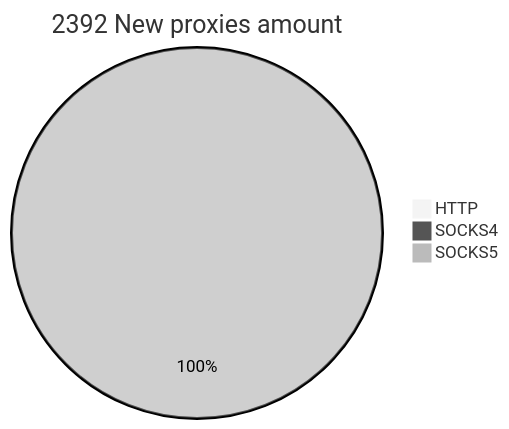
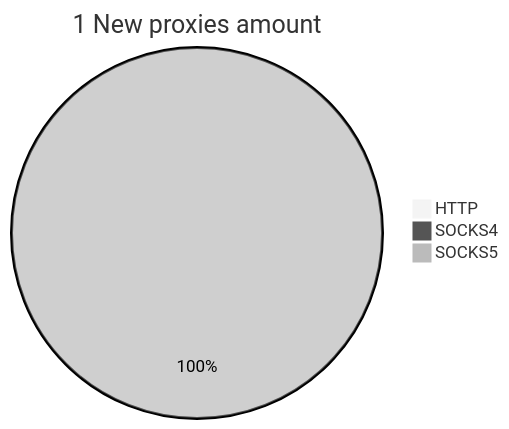
One commit to cutipu/proxylist changed the second of 2 diagrams in README.md. Above: the diagram before and after it, drawn with Mermaid (neutral theme). The commit also changed other lines of this file, not shown here.

````diff
--- a/README.md
+++ b/README.md
@@ -10,6 +10,6 @@
 ```mermaid
-pie title 2392 New proxies amount
+pie title 1 New proxies amount
     "HTTP" : 0
     "SOCKS4" : 0
-    "SOCKS5" : 2418
+    "SOCKS5" : 2
 ```
````
